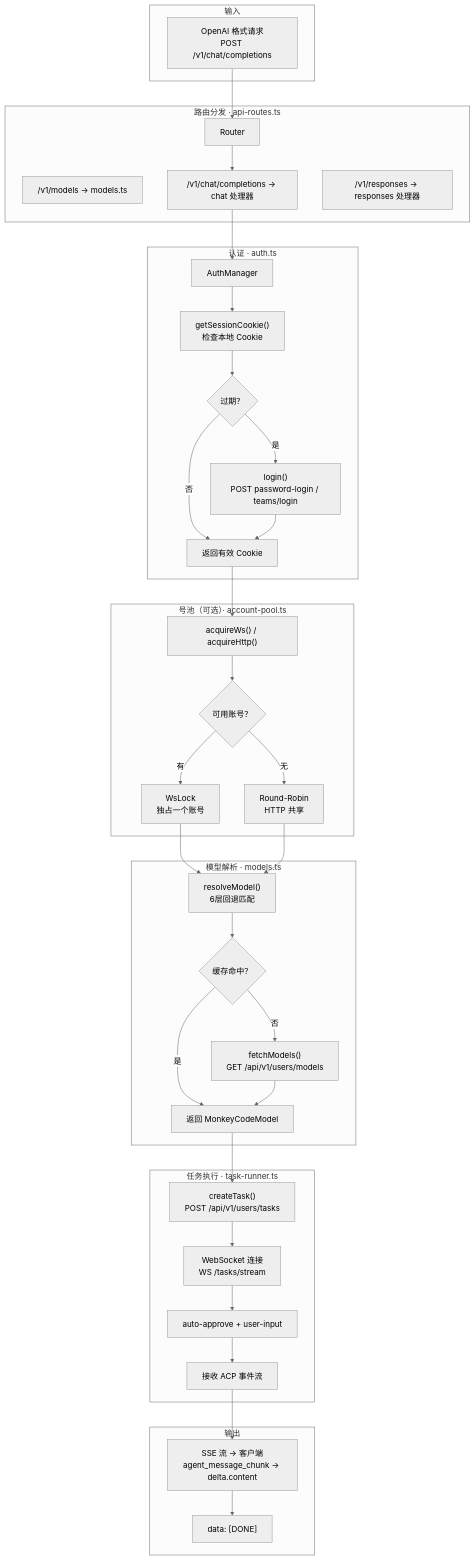
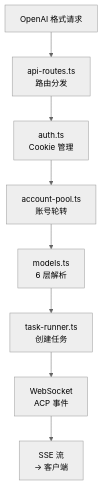
Before and after one commit to vibe-coding-labs/MonkeyCodeReverseEngineer: the diagram in docs/07-proxy/README.md, drawn with Mermaid (neutral theme). The commit also changed other lines of this file and 11 other files, not shown here.

````diff
--- a/docs/07-proxy/README.md
+++ b/docs/07-proxy/README.md
@@ -26,72 +9,19 @@
 ```mermaid
 flowchart TB
-    subgraph Input["输入"]
-        Req["OpenAI 格式请求<br/>POST /v1/chat/completions"]
-    end
+    Req["OpenAI 格式请求"]
+    Router["api-routes.ts<br/>路由分发"]
+    Auth["auth.ts<br/>Cookie 管理"]
+    Pool["account-pool.ts<br/>账号轮转"]
+    Model["models.ts<br/>6 层解析"]
+    Task["task-runner.ts<br/>创建任务"]
+    WS["WebSocket<br/>ACP 事件"]
+    SSE["SSE 流<br/>→ 客户端"]
 
-    subgraph Router["路由分发 · api-routes.ts"]
-        R["Router"]
-        R_M["/v1/models → models.ts"]
-        R_C["/v1/chat/completions → chat 处理器"]
-        R_R["/v1/responses → responses 处理器"]
-    end
-
-    subgraph AuthN["认证 · auth.ts"]
-        A["AuthManager"]
-        A_Get["getSessionCookie()<br/>检查本地 Cookie"]
-        A_Exp{"过期？"}
-        A_Login["login()<br/>POST password-login / teams/login"]
-        A_OK["返回有效 Cookie"]
-    end
-
-    subgraph Pool["号池（可选）· account-pool.ts"]
-        P_Acq["acquireWs() / acquireHttp()"]
-        P_Chk{"可用账号？"}
-        P_Lock["WsLock<br/>独占一个账号"]
-        P_RR["Round-Robin<br/>HTTP 共享"]
-    end
-
-    subgraph Model["模型解析 · models.ts"]
-        M_Resolve["resolveModel()<br/>6层回退匹配"]
-        M_Cache{"缓存命中？"}
-        M_Fetch["fetchModels()<br/>GET /api/v1/users/models"]
-        M_OK["返回 MonkeyCodeModel"]
-    end
-
-    subgraph Task["任务执行 · task-runner.ts"]
-        T_Create["createTask()<br/>POST /api/v1/users/tasks"]
-        T_WS["WebSocket 连接<br/>WS /tasks/stream"]
-        T_Auto["auto-approve + user-input"]
-        T_ACP["接收 ACP 事件流"]
-    end
-
-    subgraph Output["输出"]
-        O_SSE["SSE 流 → 客户端<br/>agent_message_chunk → delta.content"]
-        O_Done["data: [DONE]"]
-    end
-
-    Req --> R
-    R --> R_C
-    R_C --> A
-    A --> A_Get
-    A_Get --> A_Exp
-    A_Exp -->|否| A_OK
-    A_Exp -->|是| A_Login
-    A_Login --> A_OK
-    A_OK --> P_Acq
-    P_Acq --> P_Chk
-    P_Chk -->|有| P_Lock
-    P_Chk -->|无| P_RR
-    P_Lock --> M_Resolve
-    P_RR --> M_Resolve
-    M_Resolve --> M_Cache
-    M_Cache -->|否| M_Fetch
-    M_Cache -->|是| M_OK
-    M_Fetch --> M_OK
-    M_OK --> T_Create
-    T_Create --> T_WS
-    T_WS --> T_Auto
-    T_Auto --> T_ACP
-    T_ACP --> O_SSE
-    O_SSE --> O_Done
+    Req --> Router
+    Router --> Auth
+    Auth --> Pool
+    Pool --> Model
+    Model --> Task
+    Task --> WS
+    WS --> SSE
 ```
````
